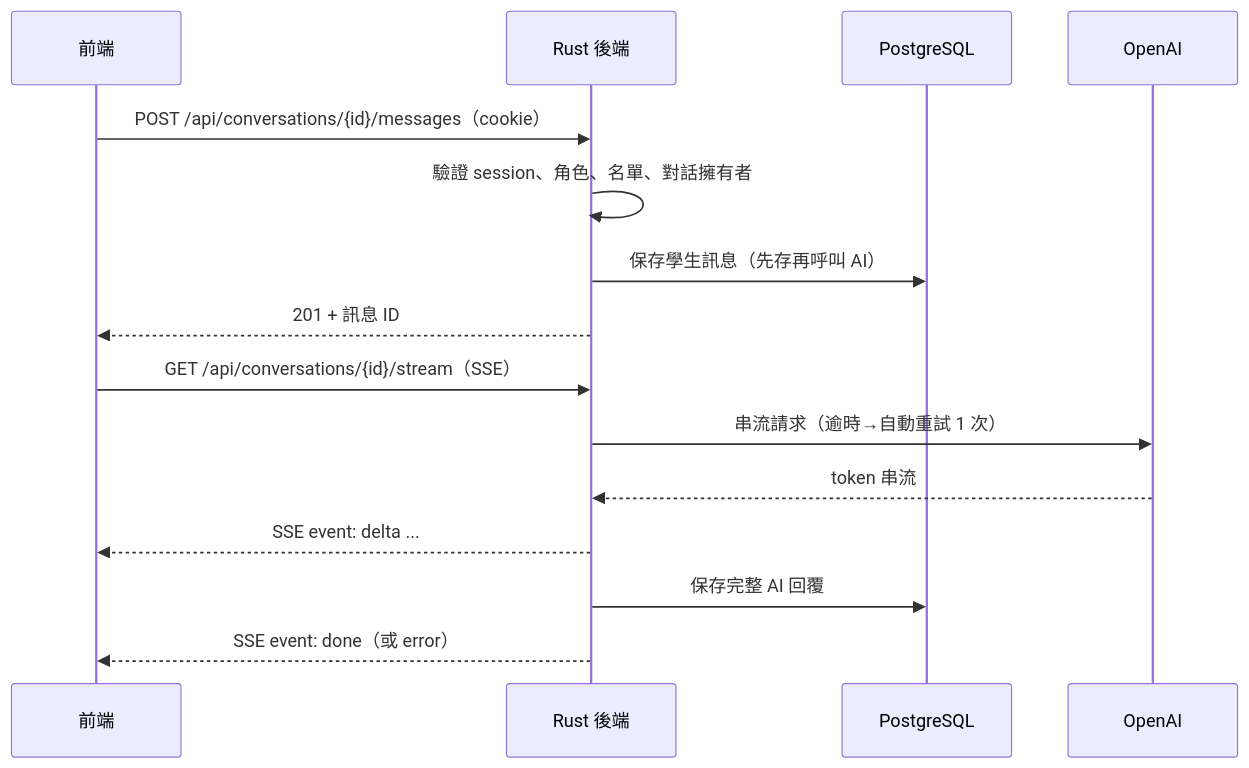
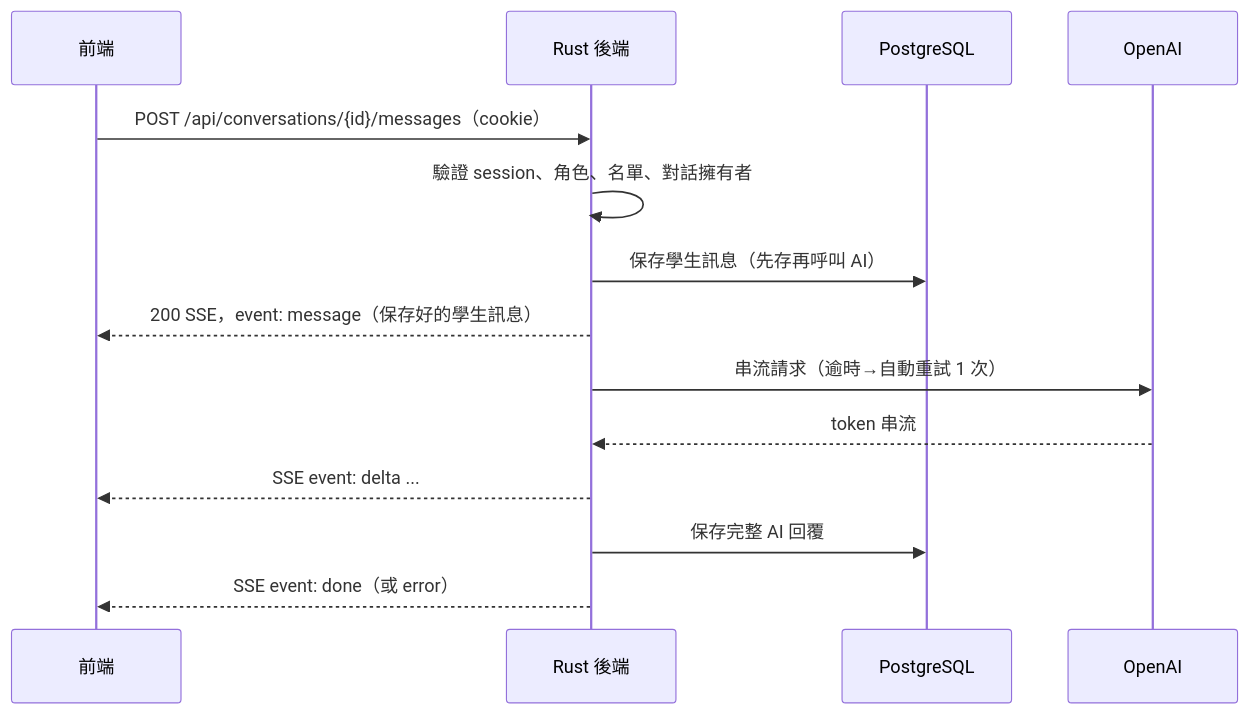
The second of 2 diagrams in docs/specs/S-08.1-component-dataflow.md (2026software-3/socrates-chat), drawn with Mermaid before and after one commit. The commit also changed other lines of this file and 18 other files, not shown here.

````diff
--- a/docs/specs/S-08.1-component-dataflow.md
+++ b/docs/specs/S-08.1-component-dataflow.md
@@ -62,17 +62,16 @@
 ```mermaid
 sequenceDiagram
   participant FE as 前端
   participant BE as Rust 後端
   participant DB as PostgreSQL
   participant AI as OpenAI
   FE->>BE: POST /api/conversations/{id}/messages（cookie）
   BE->>BE: 驗證 session、角色、名單、對話擁有者
   BE->>DB: 保存學生訊息（先存再呼叫 AI）
-  BE-->>FE: 201 + 訊息 ID
-  FE->>BE: GET /api/conversations/{id}/stream（SSE）
+  BE-->>FE: 200 SSE，event: message（保存好的學生訊息）
   BE->>AI: 串流請求（逾時→自動重試 1 次）
   AI-->>BE: token 串流
   BE-->>FE: SSE event: delta ...
   BE->>DB: 保存完整 AI 回覆
   BE-->>FE: SSE event: done（或 error）
 ```
````
